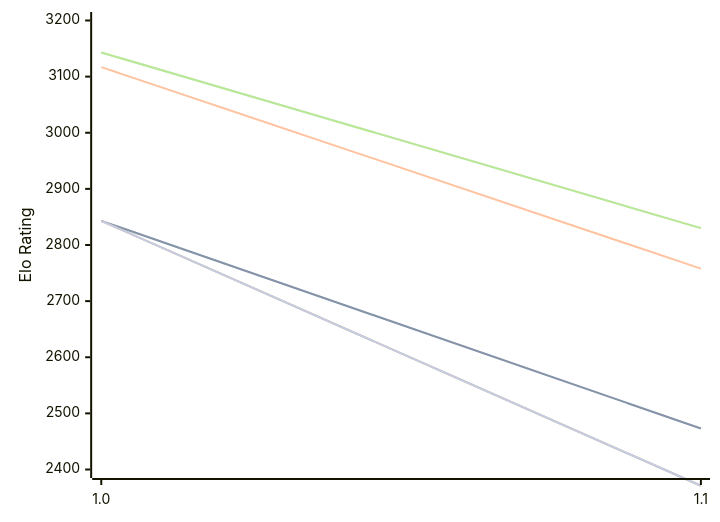
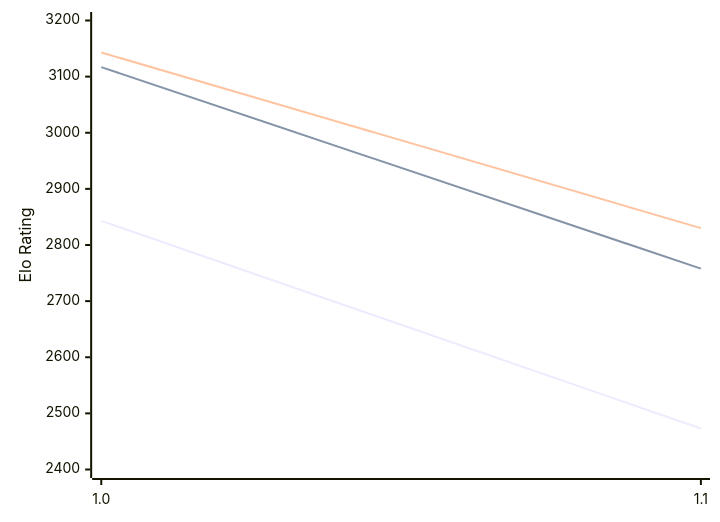
Before and after one commit to computer-chess-index/cci: the diagram in engines/Publius.md, drawn with Mermaid. The commit also changed other lines of this file, not shown here.

````diff
--- a/engines/Publius.md
+++ b/engines/Publius.md
@@ -48,13 +48,9 @@
 ```mermaid
 %%{init: {"theme":"base","themeVariables":{"seriesColors:['#a3a3a3','#222221','#faa371']}}}%%
 xychart-beta
   x-axis ["1.0", "1.1"]
   y-axis "Elo Rating" 2400 --> 3200
-  line "" [2843, 2473]
   line "T1: STC (8.0+0.08s)" [2843, 2473]
   line "T1: LTC (60.0+0.60s)" [3117, 2758]
-  line "" [3143, 2830]
   line "T1: VLTC (2m24s+1.12s)" [3143, 2830]
-  line "" [2843,2371]
-  line "E1: STC (8.0+0.08s)" [2843,2371]
 ```
````
